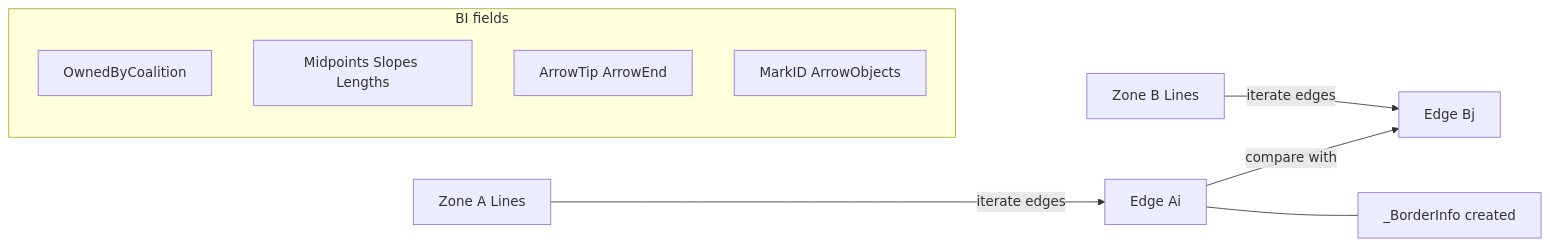
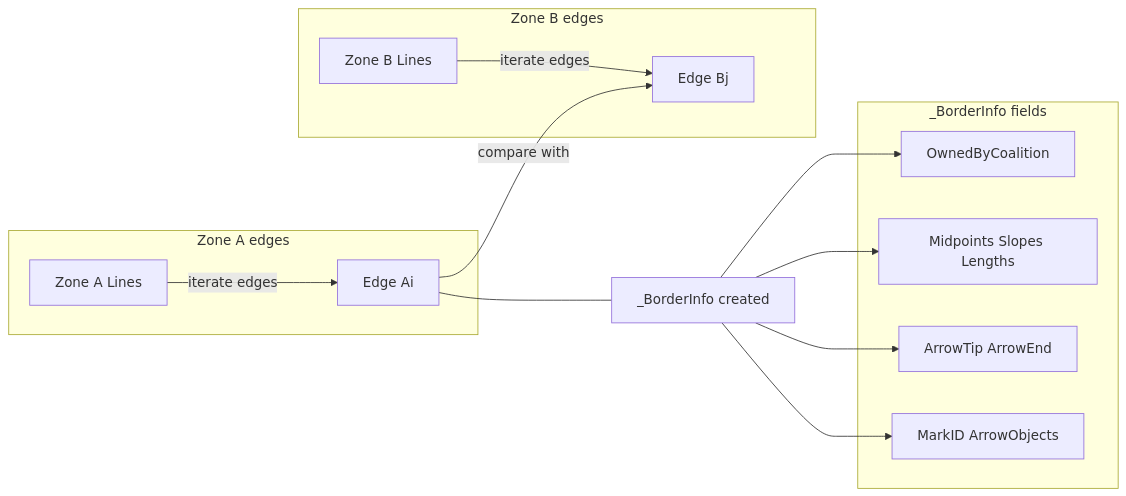
The third of 3 diagrams in docs/types/borders_and_zones.md (Gh0st352/AETHR), drawn with Mermaid before and after one commit. The commit also changed other lines of this file and 8 other files, not shown here.

First line of the commit message:
docs(types, mermaid): normalize headings, restructure Mermaid diagrams, and standardize classes

````diff
--- a/docs/types/borders_and_zones.md
+++ b/docs/types/borders_and_zones.md
@@ -43,13 +70,32 @@
 ```mermaid
+%% shared theme: docs/_mermaid/theme.json %%
 flowchart LR
-  ZA[Zone A Lines] -- iterate edges --> PA[Edge Ai]
-  ZB[Zone B Lines] -- iterate edges --> PB[Edge Bj]
-  PA -- compare with --> PB
+  subgraph LINES_A ["Zone A edges"]
+    ZA[Zone A Lines]
+    PA[Edge Ai]
+    ZA -- "iterate edges" --> PA
+  end
+
+  subgraph LINES_B ["Zone B edges"]
+    ZB[Zone B Lines]
+    PB[Edge Bj]
+    ZB -- "iterate edges" --> PB
+  end
+
+  PA -- "compare with" --> PB
   PA --- BI1[_BorderInfo created]
-  subgraph BI fields
+
+  subgraph BI_FIELDS ["_BorderInfo fields"]
     OWN2[OwnedByCoalition]
     GEO[Midpoints Slopes Lengths]
     AR[ArrowTip ArrowEnd]
     MK2[MarkID ArrowObjects]
   end
+
+  BI1 --> OWN2
+  BI1 --> GEO
+  BI1 --> AR
+  BI1 --> MK2
+
+  class ZA,PA,ZB,PB,BI1,OWN2,GEO,AR,MK2,LINES_A,LINES_B,BI_FIELDS class_data;
 ```
````
